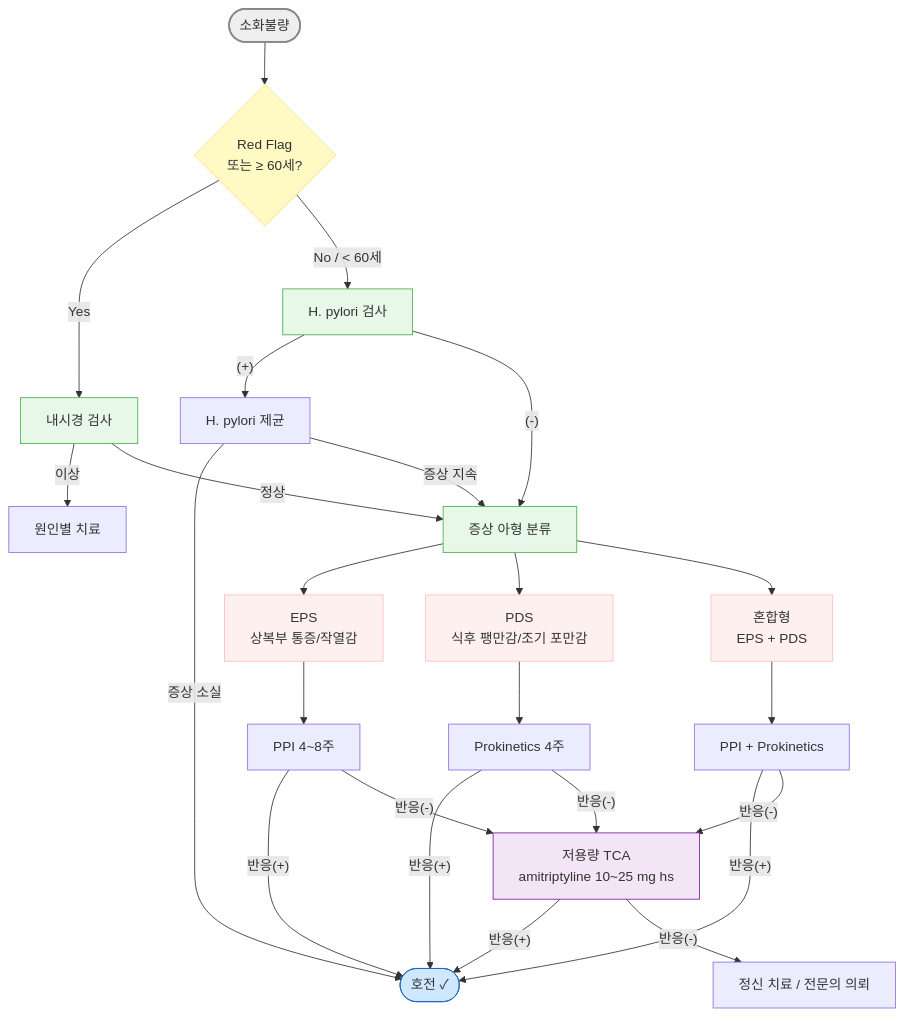
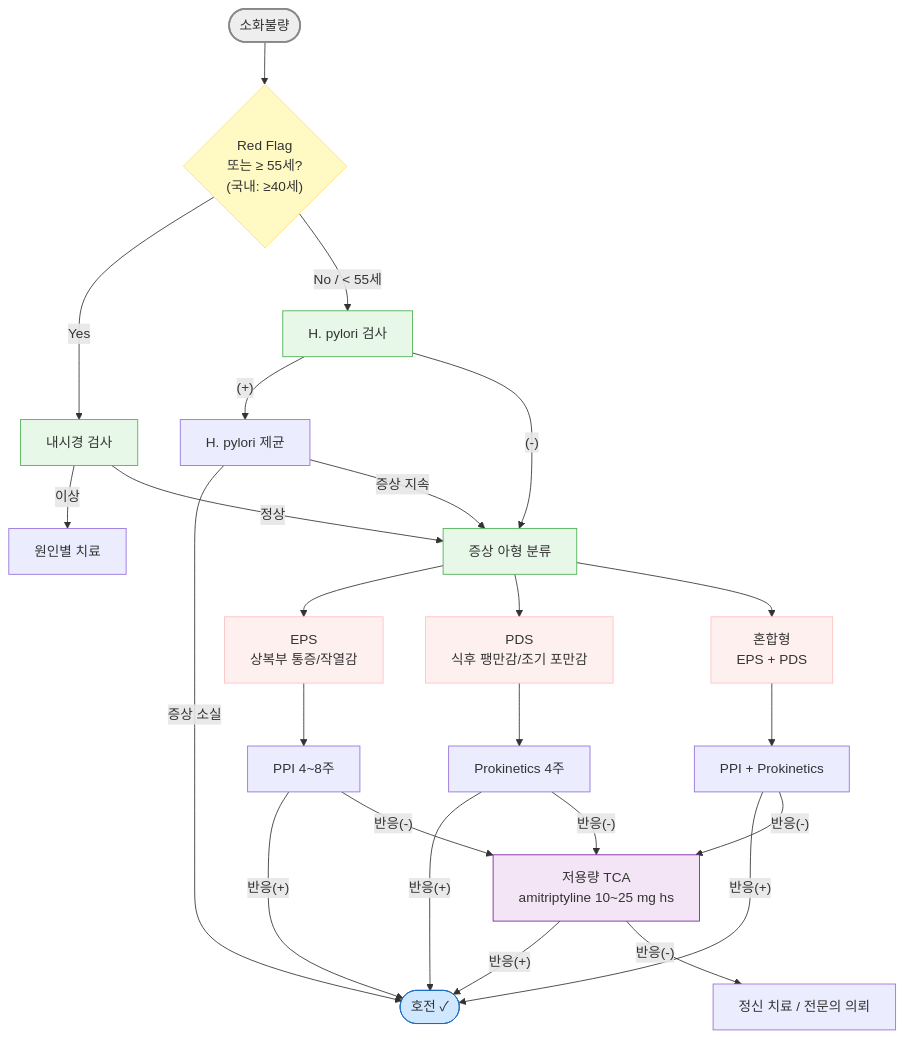
One commit to familyoh77/familyoh77 changed the second of 2 diagrams in 224_/075_-indigestion-dyspepsia.md. Above: the diagram before and after it, drawn with Mermaid. The commit also changed other lines of this file and 3 other files, not shown here.

````diff
--- a/224_/075_-indigestion-dyspepsia.md
+++ b/224_/075_-indigestion-dyspepsia.md
@@ -264,42 +264,42 @@
 ```mermaid
 graph TD
-    Start([소화불량]) --> RF{"Red Flag\n또는 ≥ 60세?"}
+    Start([소화불량]) --> RF{"Red Flag\n또는 ≥ 55세?\n(국내: ≥40세)"}
     RF -- "Yes" --> Endo["내시경 검사"]
-    RF -- "No / < 60세" --> HpTest["H. pylori 검사"]
+    RF -- "No / < 55세" --> HpTest["H. pylori 검사"]
 
     Endo -- "이상" --> CauseTx["원인별 치료"]
     Endo -- "정상" --> Pheno
 
     HpTest -- "(+)" --> HpErad["H. pylori 제균"]
     HpTest -- "(-)" --> Pheno["증상 아형 분류"]
     HpErad -- "증상 소실" --> Done(["호전 ✓"])
     HpErad -- "증상 지속" --> Pheno
 
     Pheno --> EPS["EPS\n상복부 통증/작열감"]
     Pheno --> PDS["PDS\n식후 팽만감/조기 포만감"]
     Pheno --> Mix["혼합형\nEPS + PDS"]
 
     EPS --> PPI["PPI 4~8주"]
     PDS --> Prokin["Prokinetics 4주"]
     Mix --> Both["PPI + Prokinetics"]
 
     PPI -- "반응(+)" --> Done
     Prokin -- "반응(+)" --> Done
     Both -- "반응(+)" --> Done
 
     PPI -- "반응(-)" --> TCA["저용량 TCA\namitriptyline 10~25 mg hs"]
     Prokin -- "반응(-)" --> TCA
     Both -- "반응(-)" --> TCA
 
     TCA -- "반응(+)" --> Done
     TCA -- "반응(-)" --> Psych["정신 치료 / 전문의 의뢰"]
 
     style Start fill:#eeeeee,stroke:#888888,stroke-width:2px
     style RF fill:#fff9c4,stroke:#ffe082
     classDef green fill:#e8f8e8,stroke:#4caf50
     class HpTest,Endo,Pheno green
     classDef pink fill:#FFF0F0,stroke:#FFC0C0
     class EPS,PDS,Mix pink
     style Done fill:#d0e8ff,stroke:#1a6abf
     style TCA fill:#f3e5f5,stroke:#7b1fa2
 ```
````
